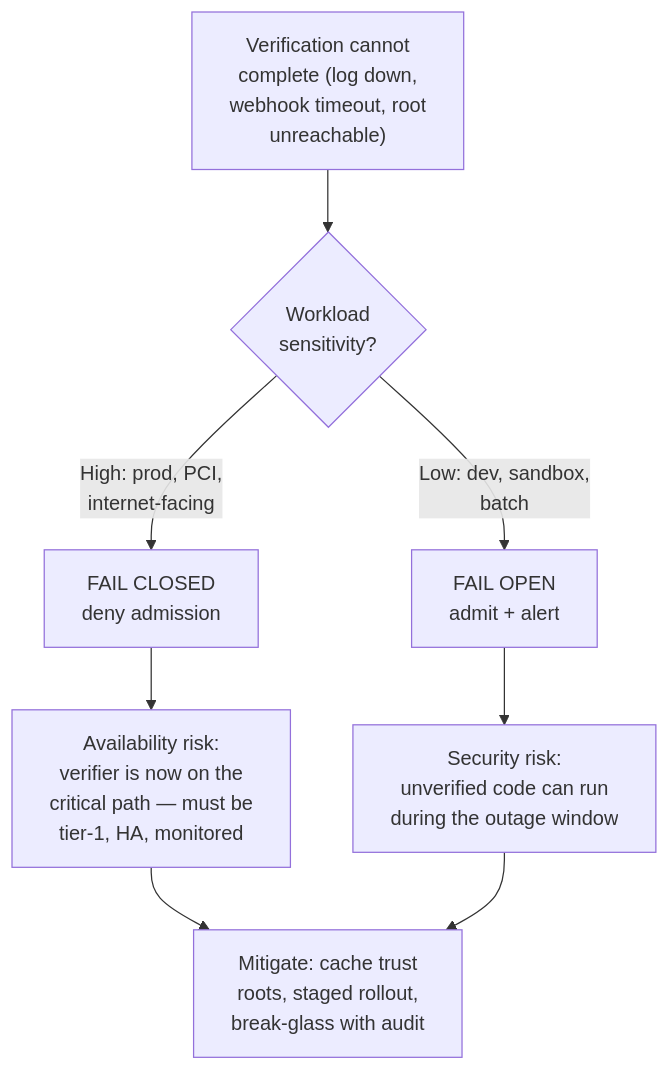
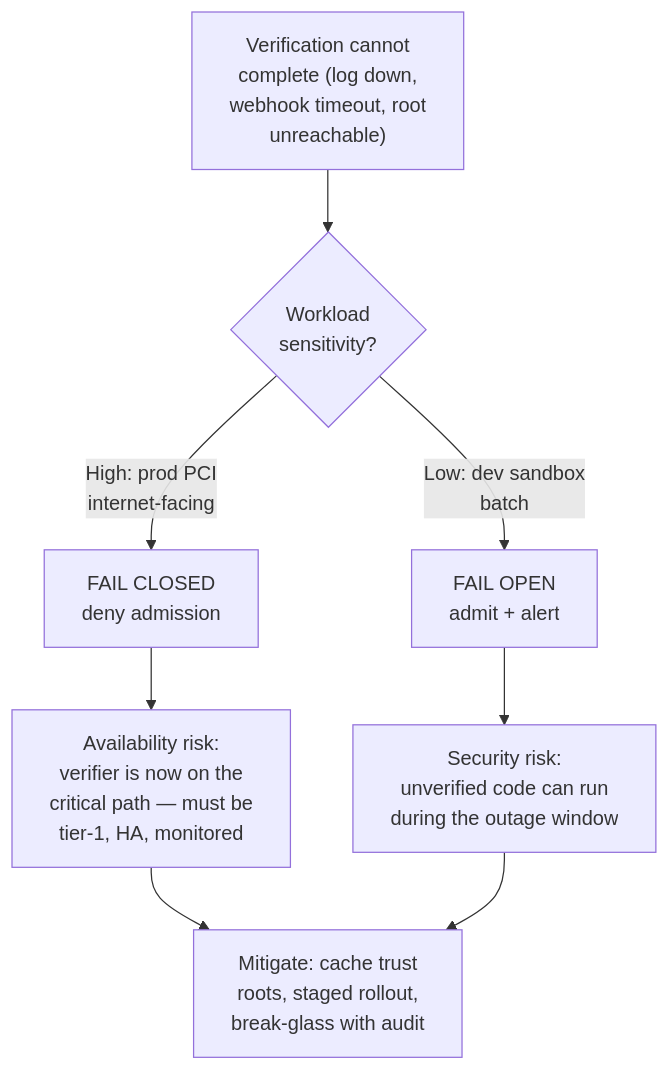
Before and after one commit to bumbsclaw/textbooks: the fourth of 7 diagrams in book-05-signing-attestation/ch08-provenance-verification.md, drawn with Mermaid. The commit also changed other lines of this file and 173 other files, not shown here.

First line of the commit message:
fix(mermaid): close note brackets, semicolons in Notes, stateDiagram br -> dash, edge parens

````diff
--- a/book-05-signing-attestation/ch08-provenance-verification.md
+++ b/book-05-signing-attestation/ch08-provenance-verification.md
@@ -515,10 +515,10 @@
 ```mermaid
 flowchart TD
     A["Verification cannot<br/>complete (log down,<br/>webhook timeout, root<br/>unreachable)"] --> B{"Workload<br/>sensitivity?"}
-    B -->|"High: prod, PCI,<br/>internet-facing"| C["FAIL CLOSED<br/>deny admission"]
-    B -->|"Low: dev, sandbox,<br/>batch"| D["FAIL OPEN<br/>admit + alert"]
+    B -->|"High: prod PCI <br >internet-facing"| C["FAIL CLOSED<br/>deny admission"]
+    B -->|"Low: dev sandbox <br >batch"| D["FAIL OPEN<br/>admit + alert"]
     C --> E["Availability risk:<br/>verifier is now on the<br/>critical path — must be<br/>tier-1, HA, monitored"]
     D --> F["Security risk:<br/>unverified code can run<br/>during the outage window"]
     E --> G["Mitigate: cache trust<br/>roots, staged rollout,<br/>break-glass with audit"]
     F --> G
 ```
````
